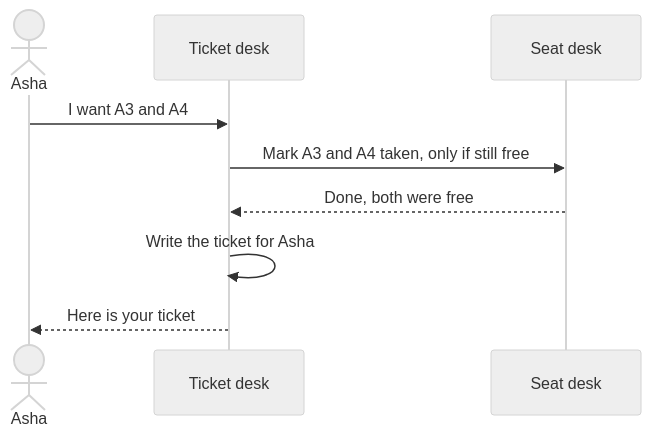
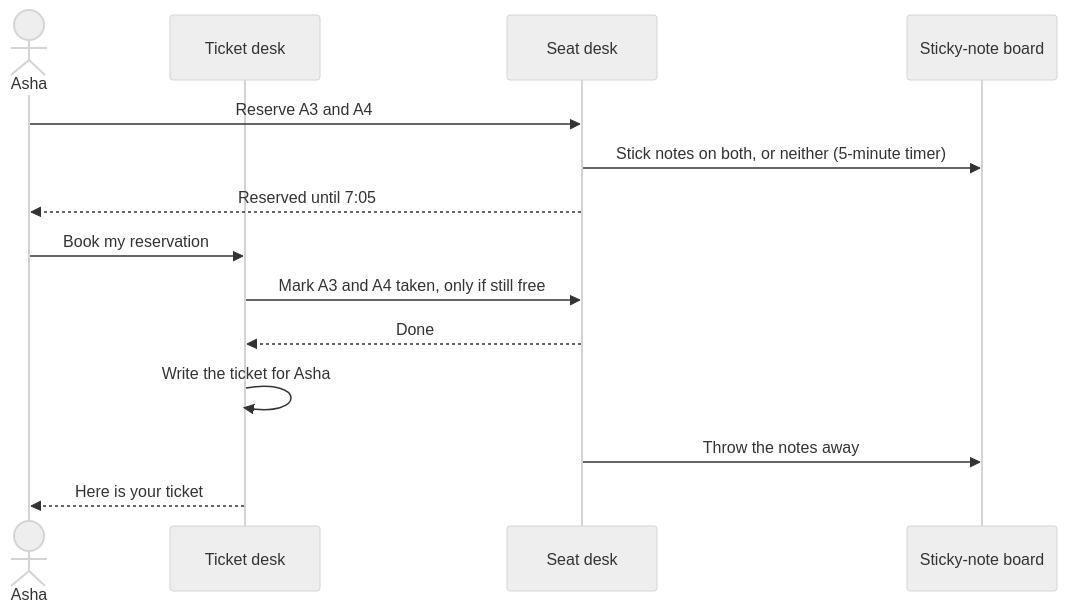
One commit to GopiSVDev/seat-lock changed the fourth of 6 diagrams in docs/story.md. Above: the diagram before and after it, drawn with Mermaid (neutral theme). The commit also changed other lines of this file and 37 other files, not shown here.

````diff
--- a/docs/story.md
+++ b/docs/story.md
@@ -162,11 +169,16 @@
 ```mermaid
 sequenceDiagram
     actor Asha
     participant Tickets as Ticket desk
     participant Seats as Seat desk
-    Asha->>Tickets: I want A3 and A4
+    participant Notes as Sticky-note board
+    Asha->>Seats: Reserve A3 and A4
+    Seats->>Notes: Stick notes on both, or neither (5-minute timer)
+    Seats-->>Asha: Reserved until 7:05
+    Asha->>Tickets: Book my reservation
     Tickets->>Seats: Mark A3 and A4 taken, only if still free
-    Seats-->>Tickets: Done, both were free
+    Seats-->>Tickets: Done
     Tickets->>Tickets: Write the ticket for Asha
+    Seats->>Notes: Throw the notes away
     Tickets-->>Asha: Here is your ticket
 ```
````
